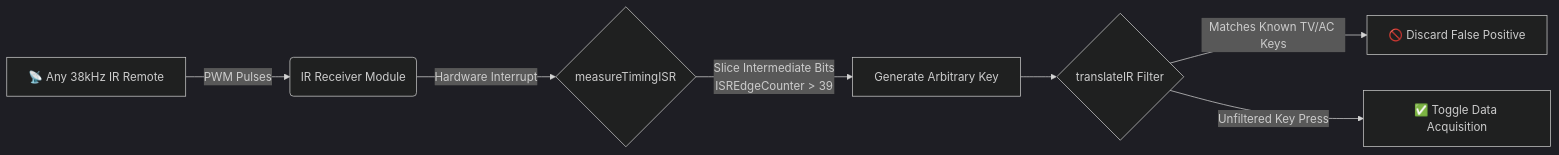
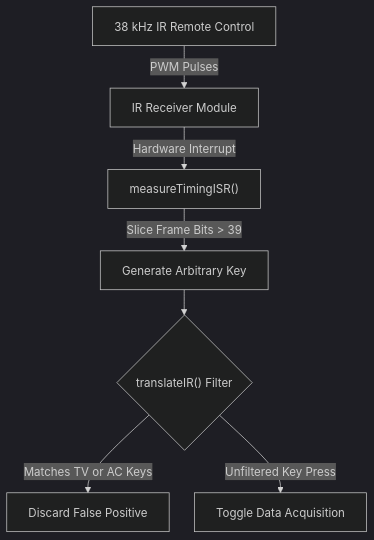
One commit to antor44/Acquisition4microcontrollers changed the first of 2 diagrams in README.md. Above: the diagram before and after it, drawn with Mermaid (dark theme). The commit also changed other lines of this file, not shown here.

````diff
--- a/README.md
+++ b/README.md
@@ -41,9 +41,10 @@
 ```mermaid
-flowchart LR
-    A[📡 Any 38kHz IR Remote] -->|PWM Pulses| B(IR Receiver Module)
-    B -->|Hardware Interrupt| C{measureTimingISR}
-    C -->|Slice Intermediate Bits<br/>ISREdgeCounter > 39| D[Generate Arbitrary Key]
-    D --> E{translateIR Filter}
-    E -->|Matches Known TV/AC Keys| F[🚫 Discard False Positive]
-    E -->|Unfiltered Key Press| G[✅ Toggle Data Acquisition]
+%%{init: {'flowchart': {'padding': 15, 'nodeSpacing': 35, 'rankSpacing': 35}}}%%
+flowchart TD
+    A["38 kHz IR Remote Control"] -->|PWM Pulses| B["IR Receiver Module"]
+    B -->|Hardware Interrupt| C["measureTimingISR()"]
+    C -->|Slice Frame Bits > 39| D["Generate Arbitrary Key"]
+    D --> E{"translateIR() Filter"}
+    E -->|Matches TV or AC Keys| F["Discard False Positive"]
+    E -->|Unfiltered Key Press| G["Toggle Data Acquisition"]
 ```
````
